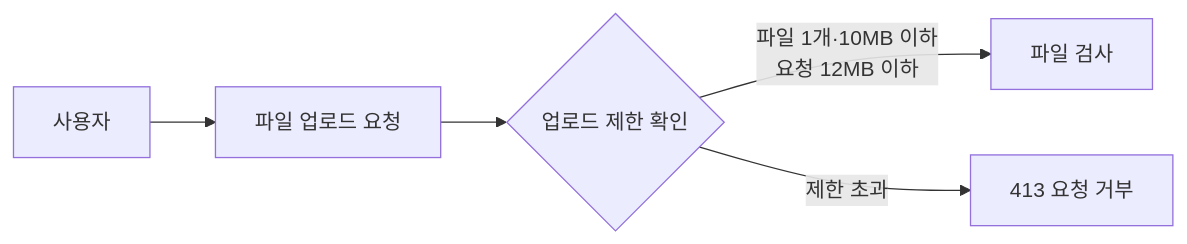
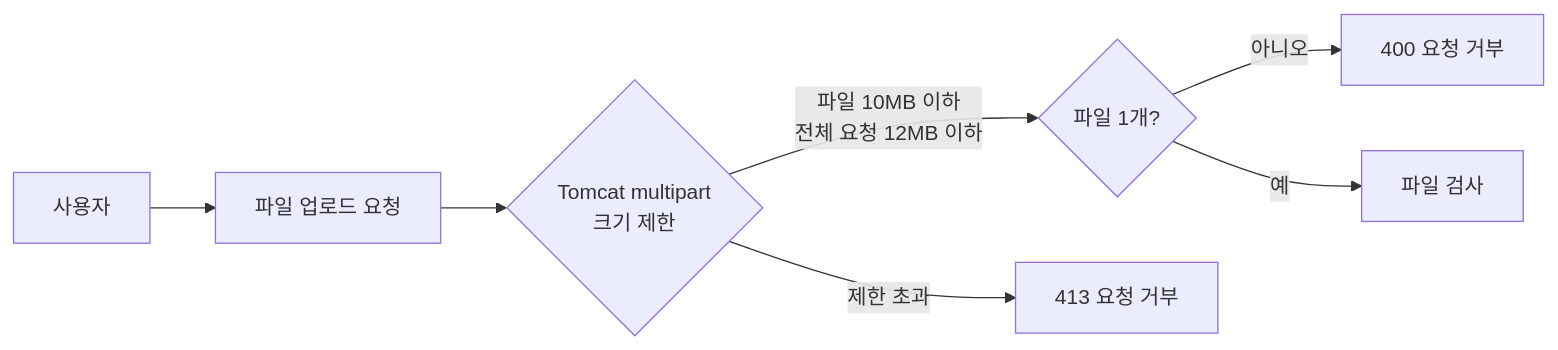
One commit to seokjun7410/file-upload changed the sixth of 8 diagrams in README.md. Above: the diagram before and after it, drawn with Mermaid. The commit also changed other lines of this file and 2 other files, not shown here.

````diff
--- a/README.md
+++ b/README.md
@@ -161,7 +161,9 @@
 ```mermaid
 flowchart LR
     U[사용자] --> M[파일 업로드 요청]
-    M --> G{업로드 제한 확인}
-    G -->|파일 1개·10MB 이하<br/>요청 12MB 이하| V[파일 검사]
+    M --> G{Tomcat multipart<br/>크기 제한}
+    G -->|파일 10MB 이하<br/>전체 요청 12MB 이하| C{파일 1개?}
     G -->|제한 초과| R[413 요청 거부]
+    C -->|아니오| X[400 요청 거부]
+    C -->|예| V[파일 검사]
 ```
````
